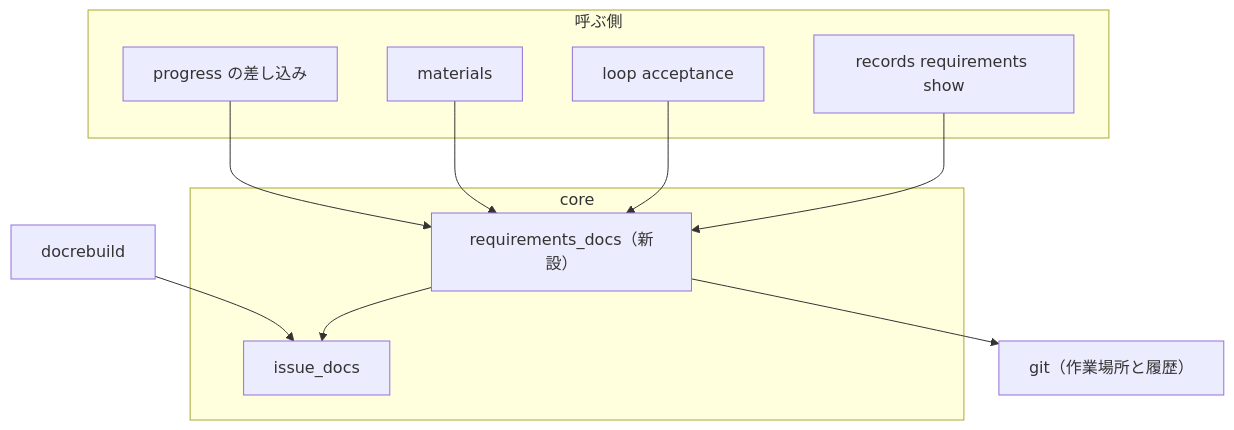
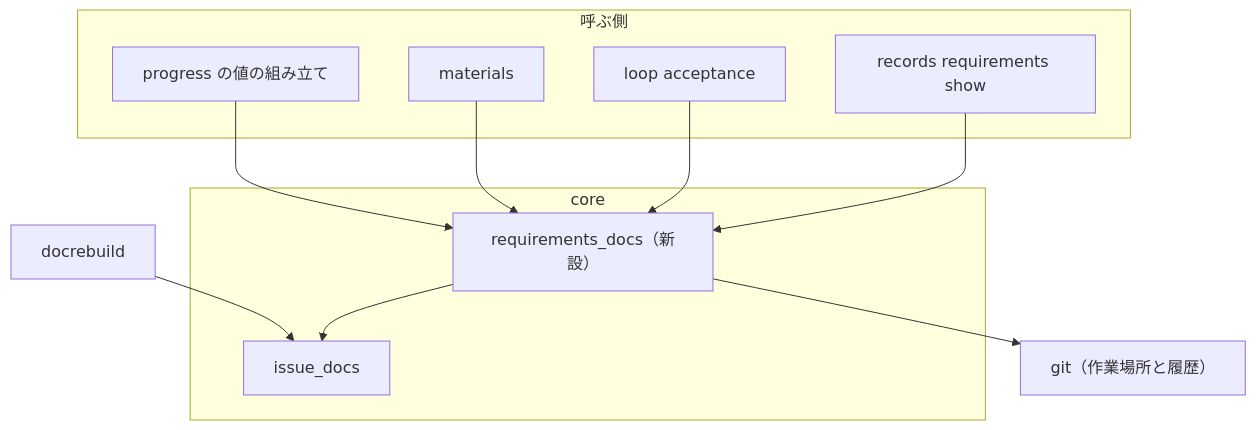
The third of 4 diagrams in issues/issue-4735-design.md (devbasex/ai-plugins), drawn with Mermaid before and after one commit. The commit also changed other lines of this file, not shown here.

````diff
--- a/issues/issue-4735-design.md
+++ b/issues/issue-4735-design.md
@@ -127,20 +127,20 @@
 ```mermaid
 graph TD
   subgraph 呼ぶ側
     CLI["records requirements show"]
     LOOP["loop acceptance"]
     MAT["materials"]
-    PROG["progress の差し込み"]
+    PROG["progress の値の組み立て"]
   end
   subgraph core
     READ["requirements_docs（新設）"]
     DOCS["issue_docs"]
   end
   CLI --> READ
   LOOP --> READ
   MAT --> READ
   PROG --> READ
   READ --> DOCS
   READ --> GIT["git（作業場所と履歴）"]
   DR["docrebuild"] --> DOCS
 ```
````
